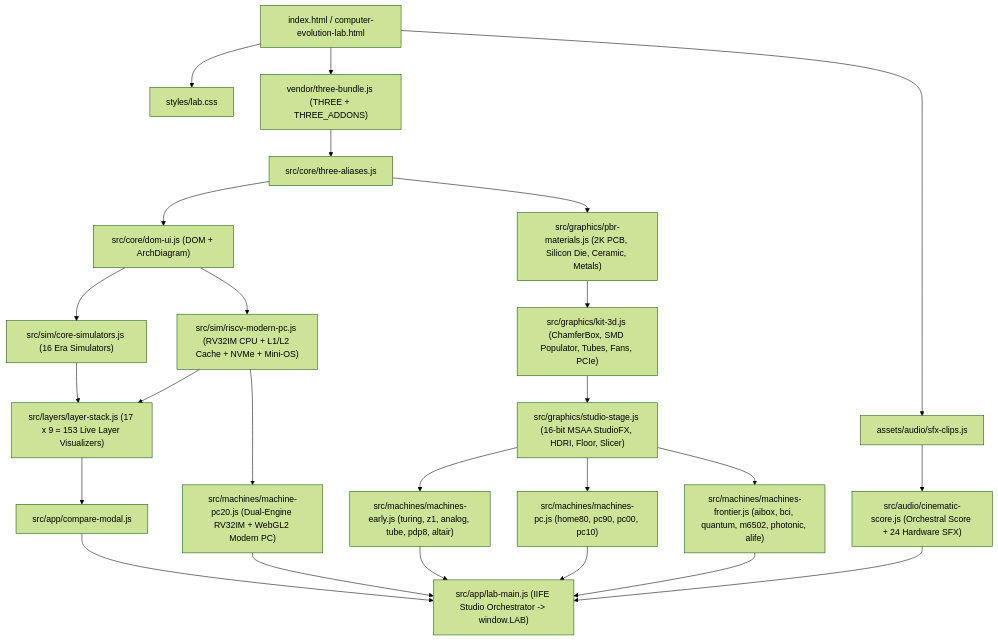
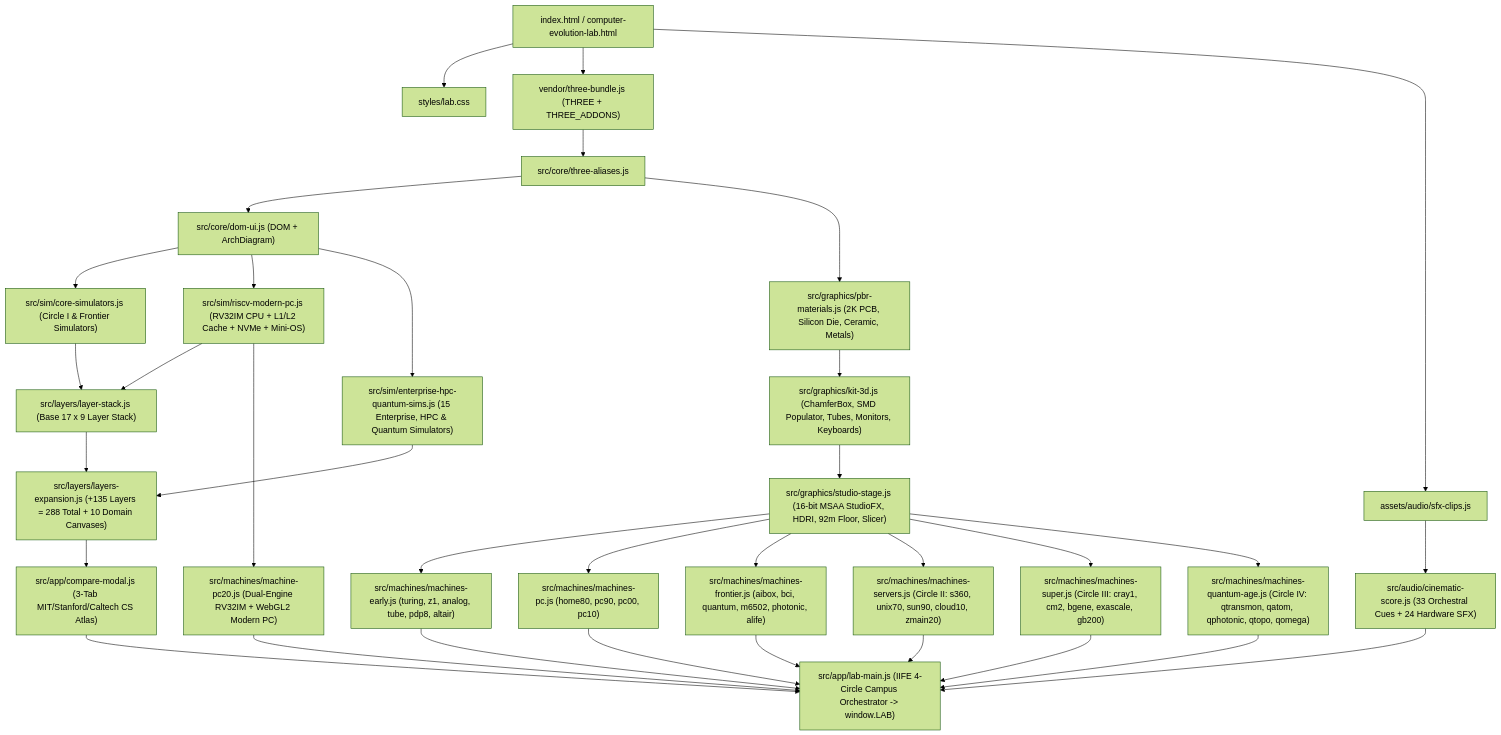
The diagram in docs/ARCHITECTURE.md (0thernes/computer-evolution-lab), drawn with Mermaid (forest theme) before and after one commit. The commit also changed other lines of this file and 27 other files, not shown here.

Commit message:
v3.0.0: 4 Grand Circles, 32 operational computers, 288 layers & CS Architecture Atlas

````diff
--- a/docs/ARCHITECTURE.md
+++ b/docs/ARCHITECTURE.md
@@ -7,27 +7,36 @@
 ```mermaid
 flowchart TD
   HTML["index.html / computer-evolution-lab.html"] --> CSS["styles/lab.css"]
   HTML --> VENDOR["vendor/three-bundle.js (THREE + THREE_ADDONS)"]
   VENDOR --> ALIAS["src/core/three-aliases.js"]
   ALIAS --> DOM["src/core/dom-ui.js (DOM + ArchDiagram)"]
   ALIAS --> PBR["src/graphics/pbr-materials.js (2K PCB, Silicon Die, Ceramic, Metals)"]
-  PBR --> KIT["src/graphics/kit-3d.js (ChamferBox, SMD Populator, Tubes, Fans, PCIe)"]
-  KIT --> STAGE["src/graphics/studio-stage.js (16-bit MSAA StudioFX, HDRI, Floor, Slicer)"]
-  DOM --> SIM["src/sim/core-simulators.js (16 Era Simulators)"]
+  PBR --> KIT["src/graphics/kit-3d.js (ChamferBox, SMD Populator, Tubes, Monitors, Keyboards)"]
+  KIT --> STAGE["src/graphics/studio-stage.js (16-bit MSAA StudioFX, HDRI, 92m Floor, Slicer)"]
+  DOM --> SIM["src/sim/core-simulators.js (Circle I & Frontier Simulators)"]
   DOM --> RV32["src/sim/riscv-modern-pc.js (RV32IM CPU + L1/L2 Cache + NVMe + Mini-OS)"]
-  SIM --> LAYERS["src/layers/layer-stack.js (17 x 9 = 153 Live Layer Visualizers)"]
+  DOM --> EXP_SIM["src/sim/enterprise-hpc-quantum-sims.js (15 Enterprise, HPC & Quantum Simulators)"]
+  SIM --> LAYERS["src/layers/layer-stack.js (Base 17 x 9 Layer Stack)"]
   RV32 --> LAYERS
-  LAYERS --> CMP["src/app/compare-modal.js"]
+  EXP_SIM --> LAYERS_EXP["src/layers/layers-expansion.js (+135 Layers = 288 Total + 10 Domain Canvases)"]
+  LAYERS --> LAYERS_EXP
+  LAYERS_EXP --> CMP["src/app/compare-modal.js (3-Tab MIT/Stanford/Caltech CS Atlas)"]
   HTML --> SFX["assets/audio/sfx-clips.js"]
-  SFX --> AUDIO["src/audio/cinematic-score.js (Orchestral Score + 24 Hardware SFX)"]
+  SFX --> AUDIO["src/audio/cinematic-score.js (33 Orchestral Cues + 24 Hardware SFX)"]
   STAGE --> M1["src/machines/machines-early.js (turing, z1, analog, tube, pdp8, altair)"]
   STAGE --> M2["src/machines/machines-pc.js (home80, pc90, pc00, pc10)"]
   RV32 --> M3["src/machines/machine-pc20.js (Dual-Engine RV32IM + WebGL2 Modern PC)"]
   STAGE --> M4["src/machines/machines-frontier.js (aibox, bci, quantum, m6502, photonic, alife)"]
-  M1 --> MAIN["src/app/lab-main.js (IIFE Studio Orchestrator -> window.LAB)"]
+  STAGE --> M5["src/machines/machines-servers.js (Circle II: s360, unix70, sun90, cloud10, zmain20)"]
+  STAGE --> M6["src/machines/machines-super.js (Circle III: cray1, cm2, bgene, exascale, gb200)"]
+  STAGE --> M7["src/machines/machines-quantum-age.js (Circle IV: qtransmon, qatom, qphotonic, qtopo, qomega)"]
+  M1 --> MAIN["src/app/lab-main.js (IIFE 4-Circle Campus Orchestrator -> window.LAB)"]
   M2 --> MAIN
   M3 --> MAIN
   M4 --> MAIN
+  M5 --> MAIN
+  M6 --> MAIN
+  M7 --> MAIN
   AUDIO --> MAIN
   CMP --> MAIN
 ```
````
